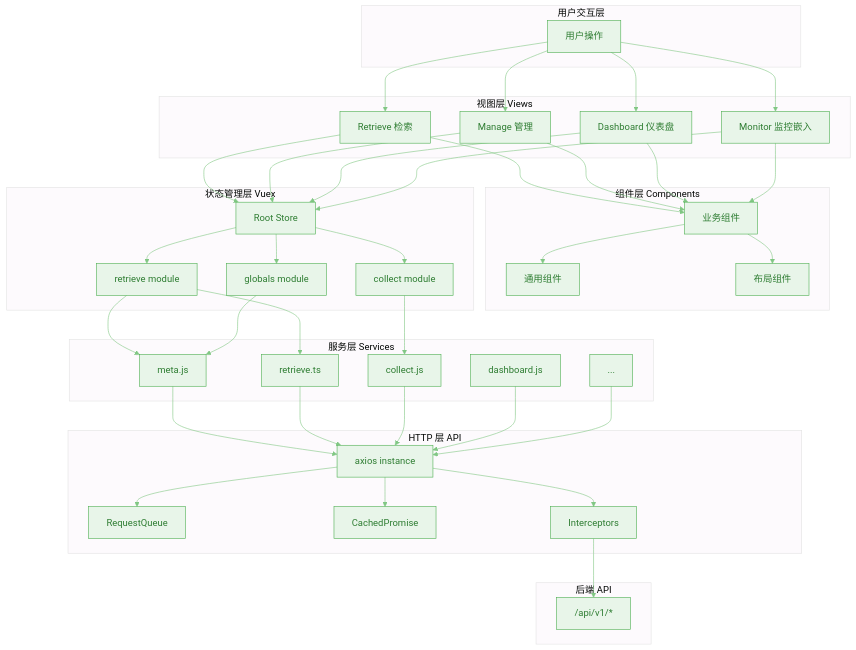
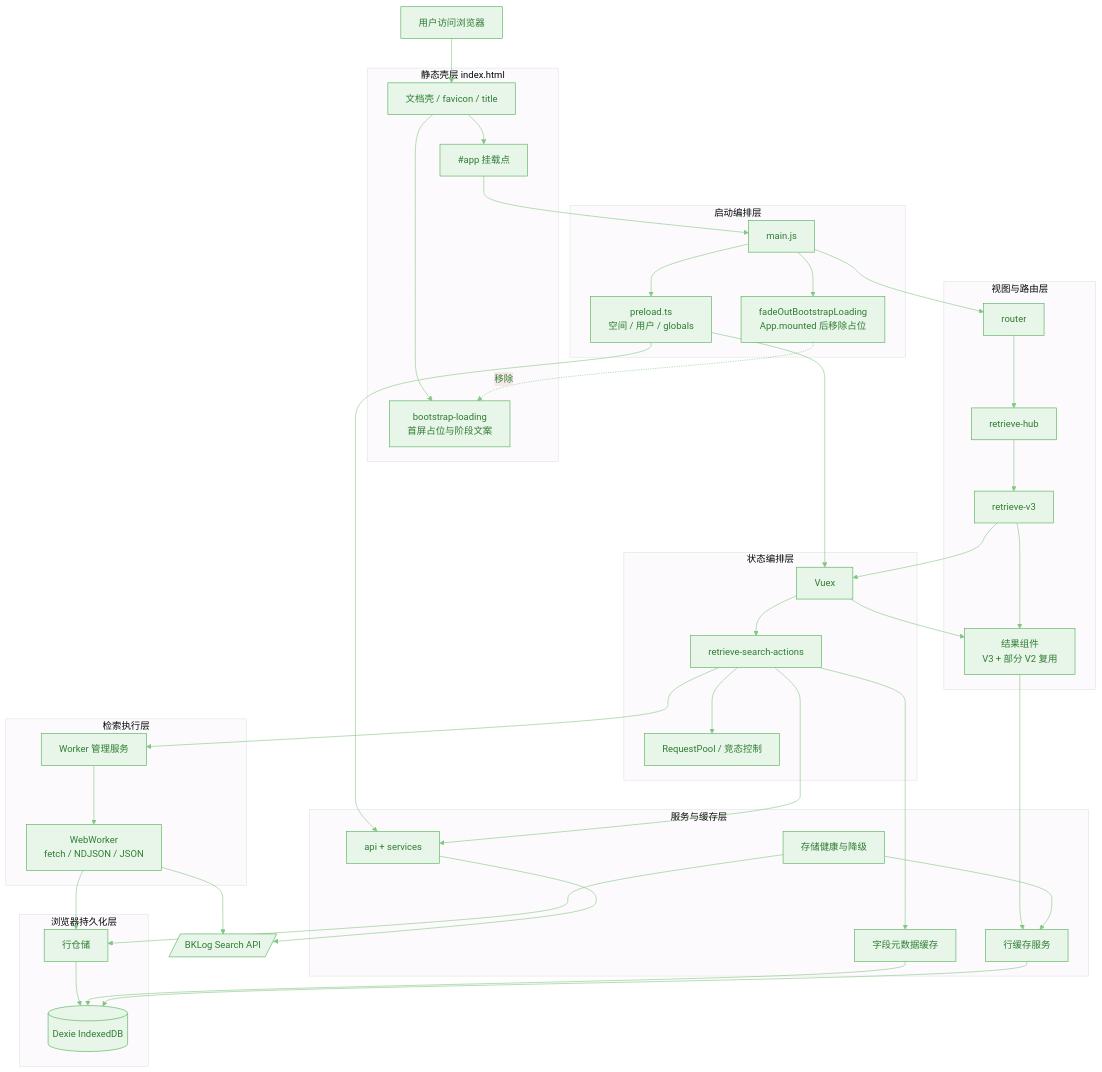
The diagram in bklog/web/.docs/diagrams/K-分层架构全景图.mmd (TencentBlueKing/bk-monitor), drawn with Mermaid before and after one commit. The commit also changed 1078 other files, not shown here.

```diff
--- a/bklog/web/.docs/diagrams/K-分层架构全景图.mmd
+++ b/bklog/web/.docs/diagrams/K-分层架构全景图.mmd
@@ -1,82 +1,65 @@
-%%{init: {'theme': 'base', 'themeVariables': { 'primaryColor': '#e8f5e9', 'primaryTextColor': '#2e7d32', 'primaryBorderColor': '#4caf50', 'lineColor': '#81c784'}}}%%
+%%{init: {'theme': 'base', 'themeVariables': {'primaryColor': '#e8f5e9', 'primaryTextColor': '#2e7d32', 'primaryBorderColor': '#4caf50', 'lineColor': '#81c784'}}}%%
 graph TB
-    subgraph "用户交互层"
-        USER[用户操作]
-    end
+  USER[用户访问浏览器]
+  subgraph SHELL[静态壳层 index.html]
+    HTML[文档壳 / favicon / title]
+    LOADING[bootstrap-loading<br/>首屏占位与阶段文案]
+    APPMOUNT["#app 挂载点"]
+  end
+  subgraph BOOT[启动编排层]
+    MAIN[main.js]
+    PRELOAD[preload.ts<br/>空间 / 用户 / globals]
+    FADE[fadeOutBootstrapLoading<br/>App.mounted 后移除占位]
+  end
+  subgraph VIEW[视图与路由层]
+    ROUTER[router]
+    HUB[retrieve-hub]
+    V3[retrieve-v3]
+    RESULT[结果组件<br/>V3 + 部分 V2 复用]
+  end
+  subgraph STATE[状态编排层]
+    STORE[Vuex]
+    ACTIONS[retrieve-search-actions]
+    REQUESTPOOL[RequestPool / 竞态控制]
+  end
+  subgraph SERVICE[服务与缓存层]
+    API[api + services]
+    FIELDS[字段元数据缓存]
+    ROWCACHE[行缓存服务]
+    HEALTH[存储健康与降级]
+  end
+  subgraph WORKER[检索执行层]
+    WS[Worker 管理服务]
+    WW[WebWorker<br/>fetch / NDJSON / JSON]
+  end
+  subgraph STORAGE[浏览器持久化层]
+    REPO[行仓储]
+    IDB[(Dexie IndexedDB)]
+  end
+  BACKEND[/BKLog Search API/]
 
-    subgraph "视图层 Views"
-        V1[Retrieve 检索]
-        V2[Manage 管理]
-        V3[Dashboard 仪表盘]
-        V4[Monitor 监控嵌入]
-    end
-
-    subgraph "组件层 Components"
-        COMP1[业务组件]
-        COMP2[通用组件]
-        COMP3[布局组件]
-    end
-
-    subgraph "状态管理层 Vuex"
-        STORE_ROOT[Root Store]
-        STORE_M1[retrieve module]
-        STORE_M2[collect module]
-        STORE_M3[globals module]
-    end
-
-    subgraph "服务层 Services"
-        SVC1[meta.js]
-        SVC2[retrieve.ts]
-        SVC3[collect.js]
-        SVC4[dashboard.js]
-        SVC5[...]
-    end
-
-    subgraph "HTTP 层 API"
-        HTTP_CORE[axios instance]
-        HTTP_QUEUE[RequestQueue]
-        HTTP_CACHE[CachedPromise]
-        HTTP_INTERCEPT[Interceptors]
-    end
-
-    subgraph "后端 API"
-        BACKEND["/api/v1/*"]
-    end
-
-    USER --> V1
-    USER --> V2
-    USER --> V3
-    USER --> V4
-
-    V1 --> COMP1
-    V2 --> COMP1
-    V3 --> COMP1
-    V4 --> COMP1
-    COMP1 --> COMP2
-    COMP1 --> COMP3
-
-    V1 --> STORE_ROOT
-    V2 --> STORE_ROOT
-    V3 --> STORE_ROOT
-    V4 --> STORE_ROOT
-    
-    STORE_ROOT --> STORE_M1
-    STORE_ROOT --> STORE_M2
-    STORE_ROOT --> STORE_M3
-
-    STORE_M1 --> SVC1
-    STORE_M1 --> SVC2
-    STORE_M2 --> SVC3
-    STORE_M3 --> SVC1
-
-    SVC1 --> HTTP_CORE
-    SVC2 --> HTTP_CORE
-    SVC3 --> HTTP_CORE
-    SVC4 --> HTTP_CORE
-    SVC5 --> HTTP_CORE
-
-    HTTP_CORE --> HTTP_QUEUE
-    HTTP_CORE --> HTTP_CACHE
-    HTTP_CORE --> HTTP_INTERCEPT
-
-    HTTP_INTERCEPT --> BACKEND
+  USER --> HTML
+  HTML --> LOADING
+  HTML --> APPMOUNT
+  APPMOUNT --> MAIN
+  MAIN --> PRELOAD
+  PRELOAD --> STORE
+  PRELOAD --> API
+  MAIN --> ROUTER
+  MAIN --> FADE
+  FADE -.->|移除| LOADING
+  ROUTER --> HUB --> V3 --> RESULT
+  V3 --> STORE
+  STORE --> ACTIONS
+  ACTIONS --> REQUESTPOOL
+  ACTIONS --> API
+  ACTIONS --> FIELDS
+  ACTIONS --> WS
+  API --> BACKEND
+  WS --> WW --> BACKEND
+  WW --> REPO --> IDB
+  FIELDS --> IDB
+  RESULT --> ROWCACHE --> IDB
+  HEALTH --> ROWCACHE
+  HEALTH --> REPO
+  STORE --> RESULT
```
